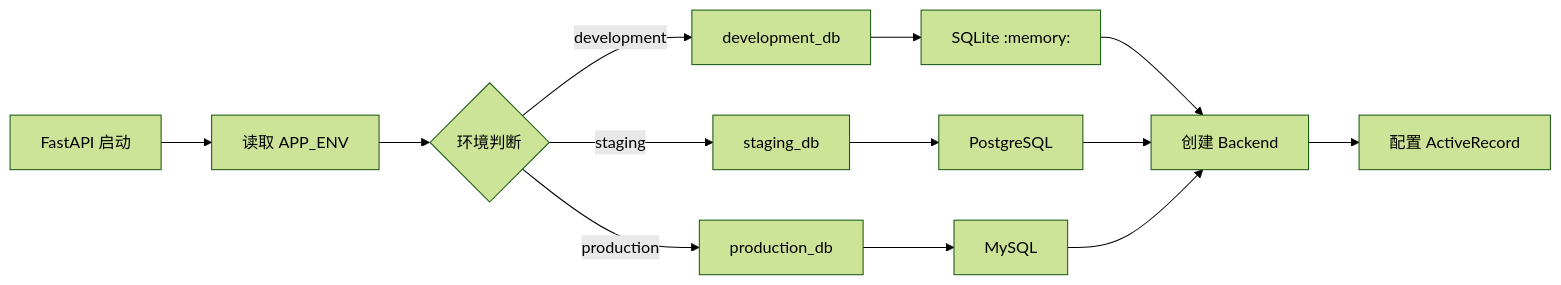
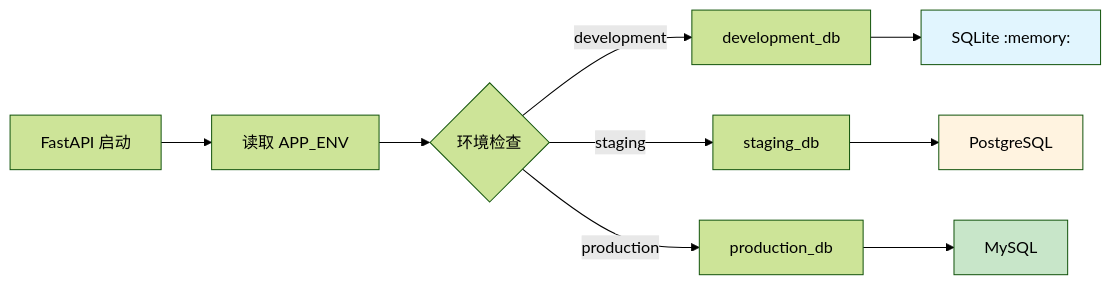
Before and after one commit to rhosocial/python-activerecord: the fourth of 4 diagrams in docs/zh_CN/backend/named_connection.md, drawn with Mermaid (forest theme). The commit also changed other lines of this file and 88 other files, not shown here.

````diff
--- a/docs/zh_CN/backend/named_connection.md
+++ b/docs/zh_CN/backend/named_connection.md
@@ -546,15 +584,15 @@
 ```mermaid
 flowchart LR
     A[FastAPI 启动] --> B[读取 APP_ENV]
-    B --> C{"环境判断"}
+    B --> C{环境检查}
     C -->|development| D[development_db]
     C -->|staging| E[staging_db]
     C -->|production| F[production_db]
     D --> G[SQLite :memory:]
     E --> H[PostgreSQL]
     F --> I[MySQL]
-G --> J[创建 Backend]
-    H --> J
-    I --> J
-    J --> K[配置 ActiveRecord]
+    
+    style G fill:#e1f5fe
+    style H fill:#fff3e0
+    style I fill:#c8e6c9
 ```
````
